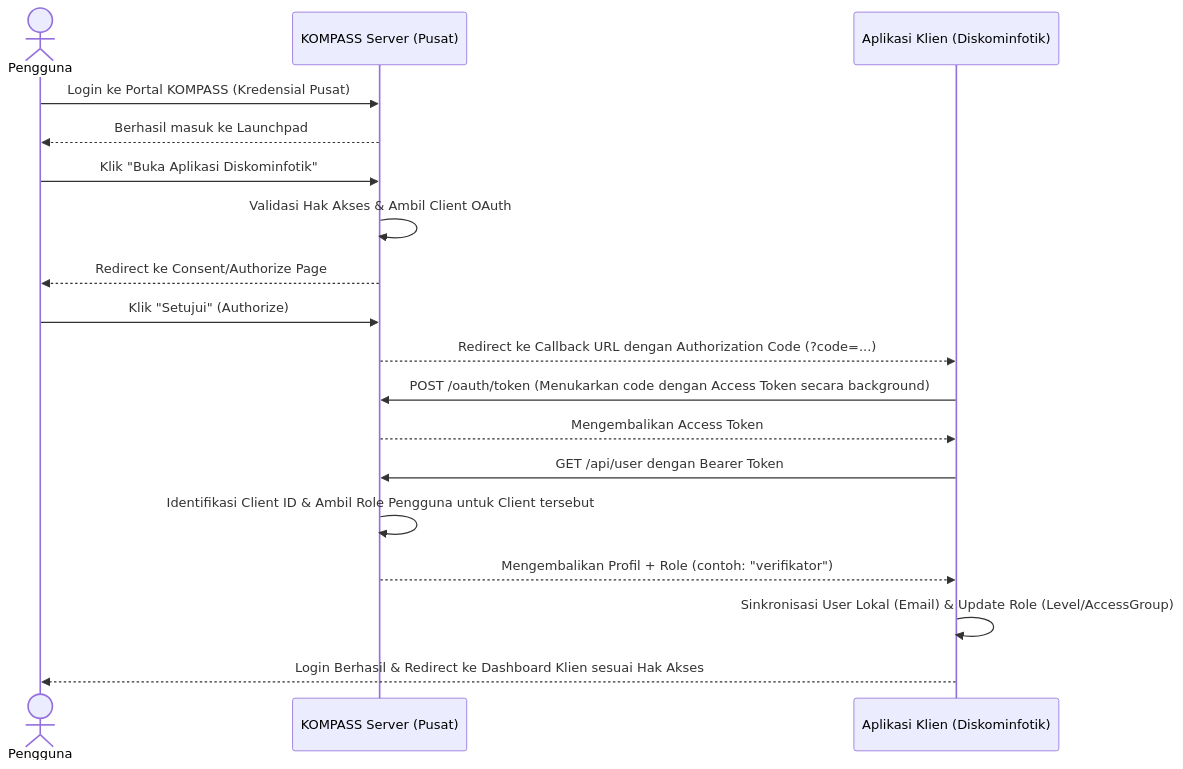
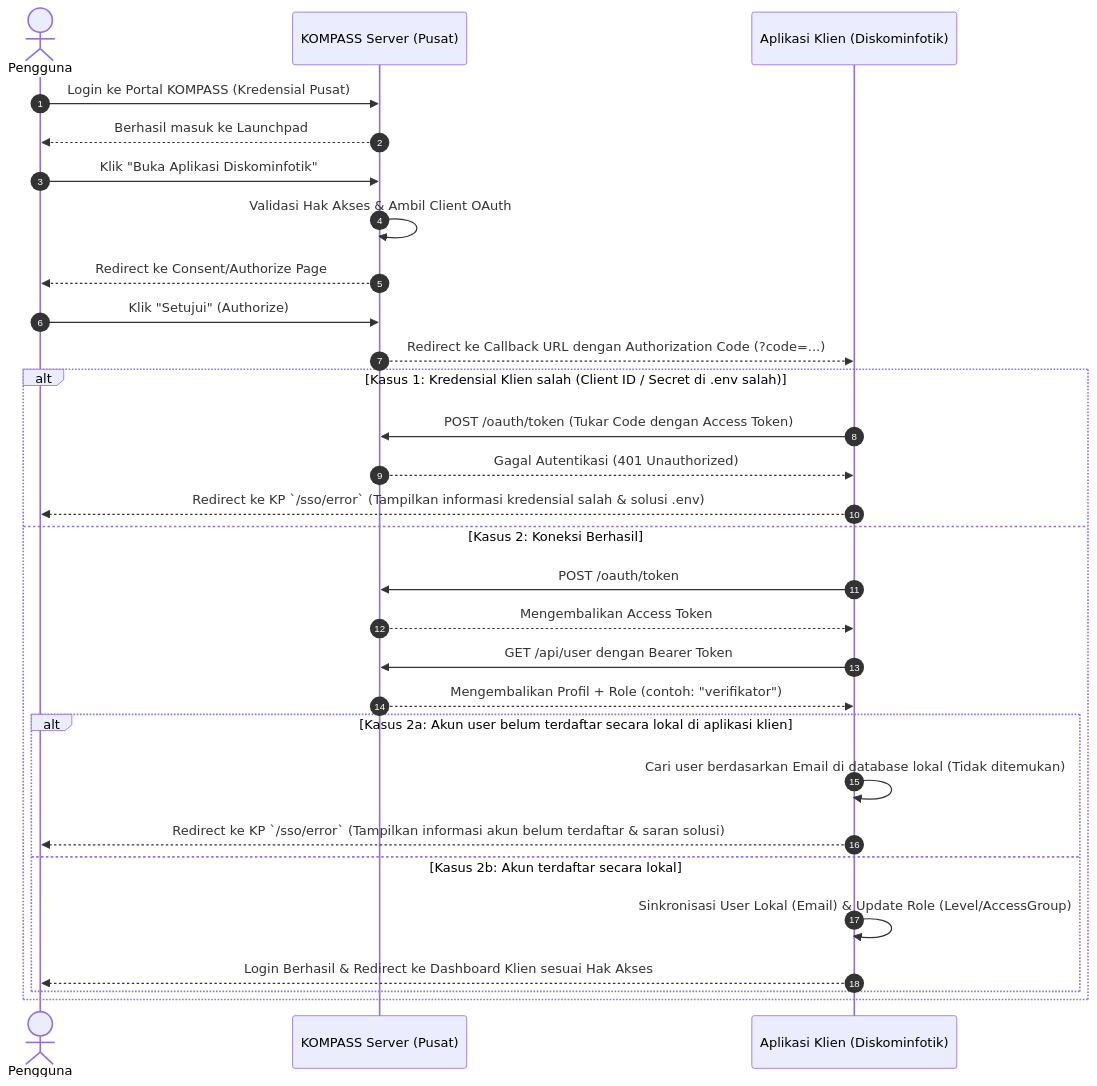
One commit to apriandewa/sakti changed the second of 6 diagrams in docs/PRD_Portal_Diskominfotik.md. Above: the diagram before and after it, drawn with Mermaid. The commit also changed other lines of this file and 19 other files, not shown here.

````diff
--- a/docs/PRD_Portal_Diskominfotik.md
+++ b/docs/PRD_Portal_Diskominfotik.md
@@ -107,21 +107,34 @@
 ```mermaid
 sequenceDiagram
+    autonumber
     actor User as Pengguna
     participant KP as KOMPASS Server (Pusat)
     participant CL as Aplikasi Klien (Diskominfotik)
 
     User->>KP: Login ke Portal KOMPASS (Kredensial Pusat)
     KP-->>User: Berhasil masuk ke Launchpad
     User->>KP: Klik "Buka Aplikasi Diskominfotik"
     KP->>KP: Validasi Hak Akses & Ambil Client OAuth
     KP-->>User: Redirect ke Consent/Authorize Page
     User->>KP: Klik "Setujui" (Authorize)
     KP-->>CL: Redirect ke Callback URL dengan Authorization Code (?code=...)
-    CL->>KP: POST /oauth/token (Menukarkan code dengan Access Token secara background)
-    KP-->>CL: Mengembalikan Access Token
-    CL->>KP: GET /api/user dengan Bearer Token
-    KP->>KP: Identifikasi Client ID & Ambil Role Pengguna untuk Client tersebut
-    KP-->>CL: Mengembalikan Profil + Role (contoh: "verifikator")
-    CL->>CL: Sinkronisasi User Lokal (Email) & Update Role (Level/AccessGroup)
-    CL-->>User: Login Berhasil & Redirect ke Dashboard Klien sesuai Hak Akses
+    
+    alt Kasus 1: Kredensial Klien salah (Client ID / Secret di .env salah)
+        CL->>KP: POST /oauth/token (Tukar Code dengan Access Token)
+        KP-->>CL: Gagal Autentikasi (401 Unauthorized)
+        CL-->>User: Redirect ke KP `/sso/error` (Tampilkan informasi kredensial salah & solusi .env)
+    else Kasus 2: Koneksi Berhasil
+        CL->>KP: POST /oauth/token
+        KP-->>CL: Mengembalikan Access Token
+        CL->>KP: GET /api/user dengan Bearer Token
+        KP-->>CL: Mengembalikan Profil + Role (contoh: "verifikator")
+        
+        alt Kasus 2a: Akun user belum terdaftar secara lokal di aplikasi klien
+            CL->>CL: Cari user berdasarkan Email di database lokal (Tidak ditemukan)
+            CL-->>User: Redirect ke KP `/sso/error` (Tampilkan informasi akun belum terdaftar & saran solusi)
+        else Kasus 2b: Akun terdaftar secara lokal
+            CL->>CL: Sinkronisasi User Lokal (Email) & Update Role (Level/AccessGroup)
+            CL-->>User: Login Berhasil & Redirect ke Dashboard Klien sesuai Hak Akses
+        end
+    end
 ```
````
